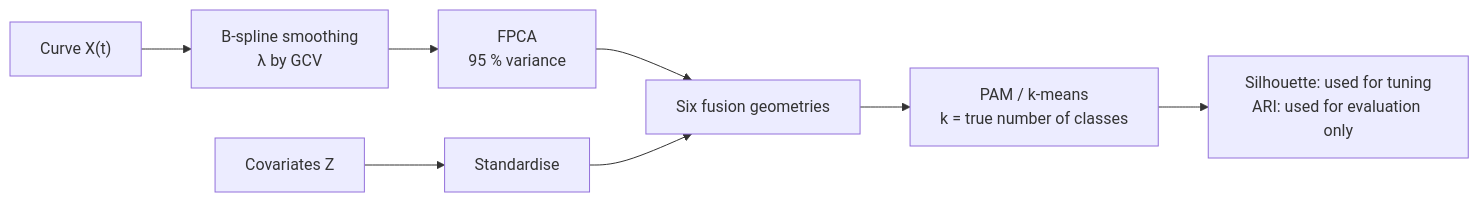
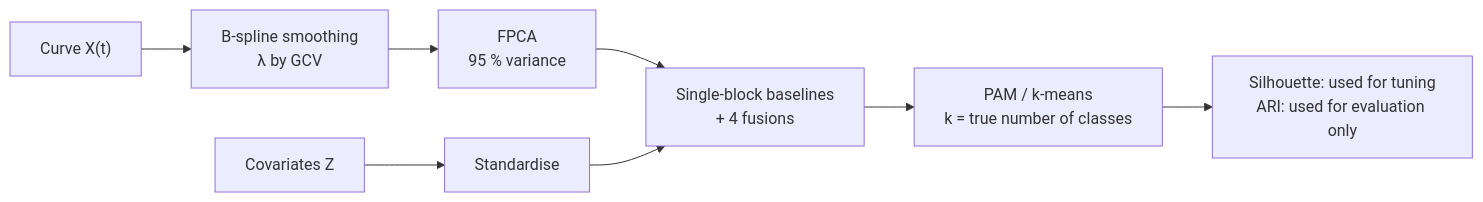
The diagram in README.md (Pchambet/functional-data-clustering), drawn with Mermaid before and after one commit. The commit also changed other lines of this file and 3 other files, not shown here.

````diff
--- a/README.md
+++ b/README.md
@@ -50,9 +51,9 @@
 ```mermaid
 flowchart LR
   X["Curve X(t)"] --> S["B-spline smoothing<br/>λ by GCV"] --> F["FPCA<br/>95 % variance"]
   Z["Covariates Z"] --> N["Standardise"]
-  F --> G["Six fusion geometries"]
+  F --> G["Single-block baselines<br/>+ 4 fusions"]
   N --> G
   G --> C["PAM / k-means<br/>k = true number of classes"]
   C --> E["Silhouette: used for tuning<br/>ARI: used for evaluation only"]
 ```
````
